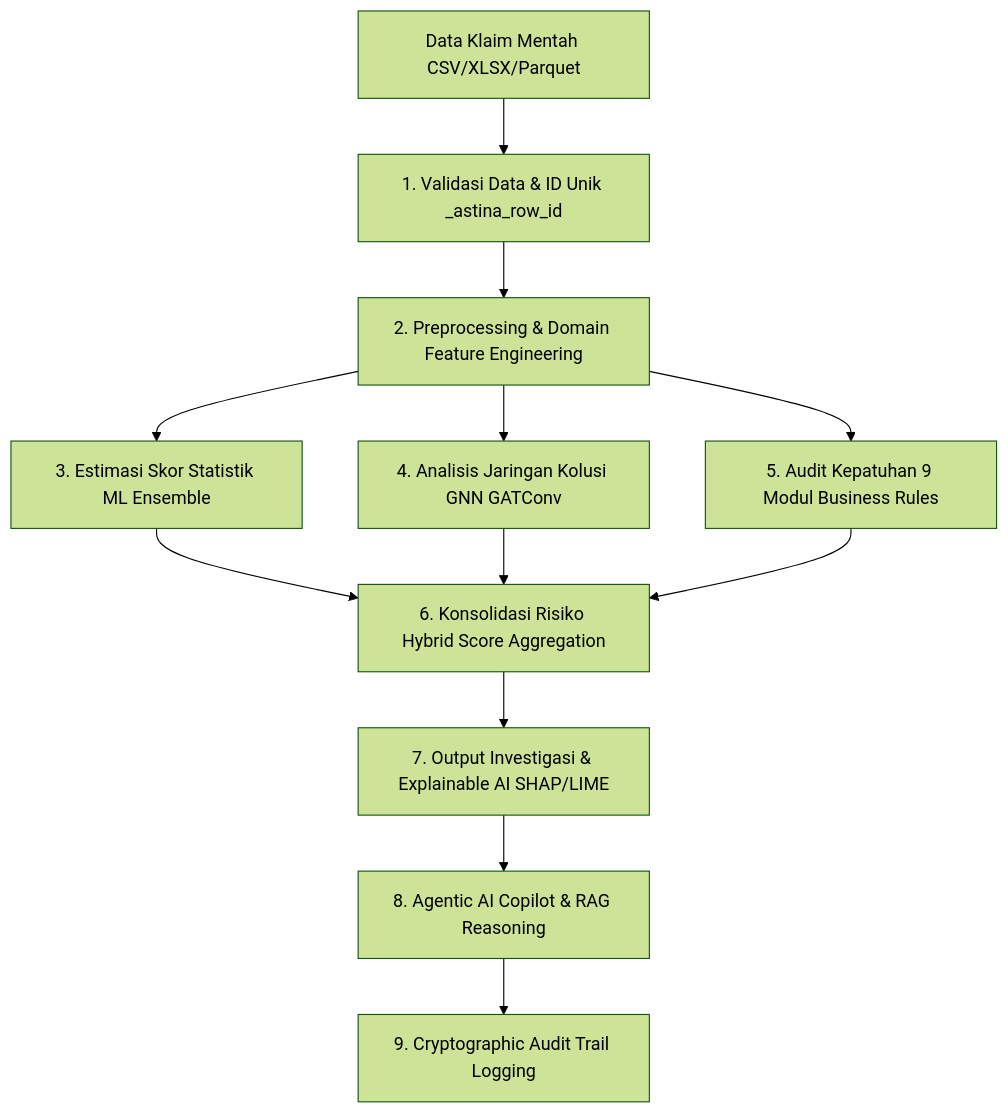
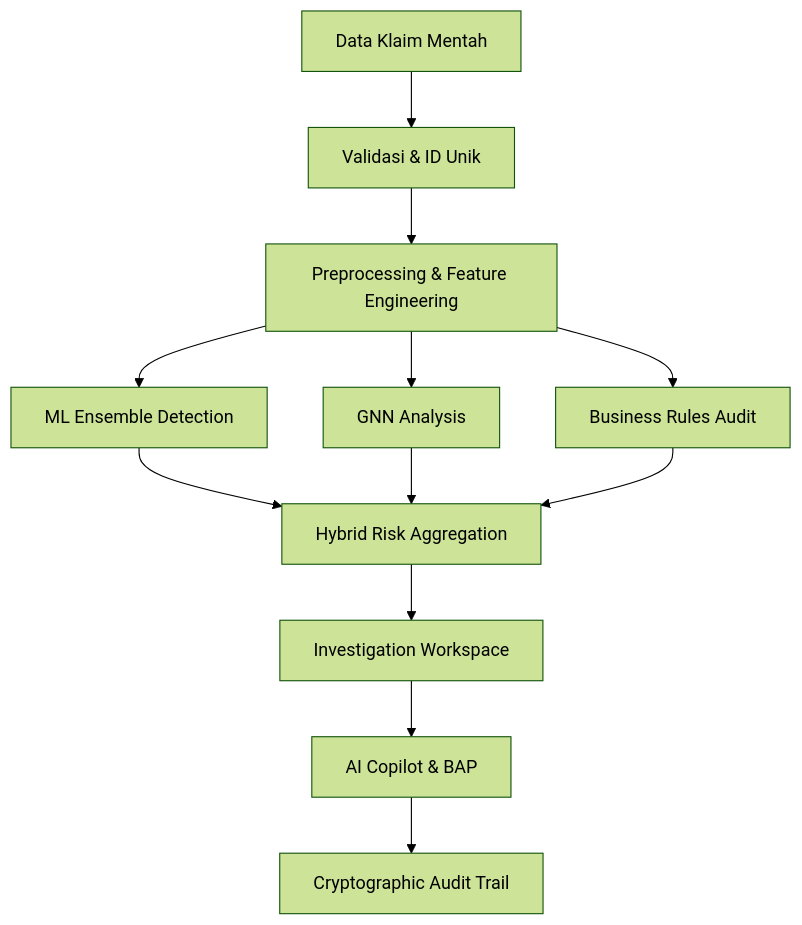
Before and after one commit to RadenAaKoesoemaWijaya/project-Graphnet: the diagram in README.md, drawn with Mermaid (forest theme). The commit also changed other lines of this file, not shown here.

````diff
--- a/README.md
+++ b/README.md
@@ -645,14 +232,14 @@
 ```mermaid
 flowchart TD
-    A[Data Klaim Mentah CSV/XLSX/Parquet] --> B[1. Validasi Data & ID Unik _astina_row_id]
-    B --> C[2. Preprocessing & Domain Feature Engineering]
-    C --> D[3. Estimasi Skor Statistik ML Ensemble]
-    C --> E[4. Analisis Jaringan Kolusi GNN GATConv]
-    C --> F[5. Audit Kepatuhan 9 Modul Business Rules]
-    D --> G[6. Konsolidasi Risiko Hybrid Score Aggregation]
+    A[Data Klaim Mentah] --> B[Validasi & ID Unik]
+    B --> C[Preprocessing & Feature Engineering]
+    C --> D[ML Ensemble Detection]
+    C --> E[GNN Analysis]
+    C --> F[Business Rules Audit]
+    D --> G[Hybrid Risk Aggregation]
     E --> G
     F --> G
-    G --> H[7. Output Investigasi & Explainable AI SHAP/LIME]
-    H --> I[8. Agentic AI Copilot & RAG Reasoning]
-    I --> J[9. Cryptographic Audit Trail Logging]
+    G --> H[Investigation Workspace]
+    H --> I[AI Copilot & BAP]
+    I --> J[Cryptographic Audit Trail]
 ```
````
